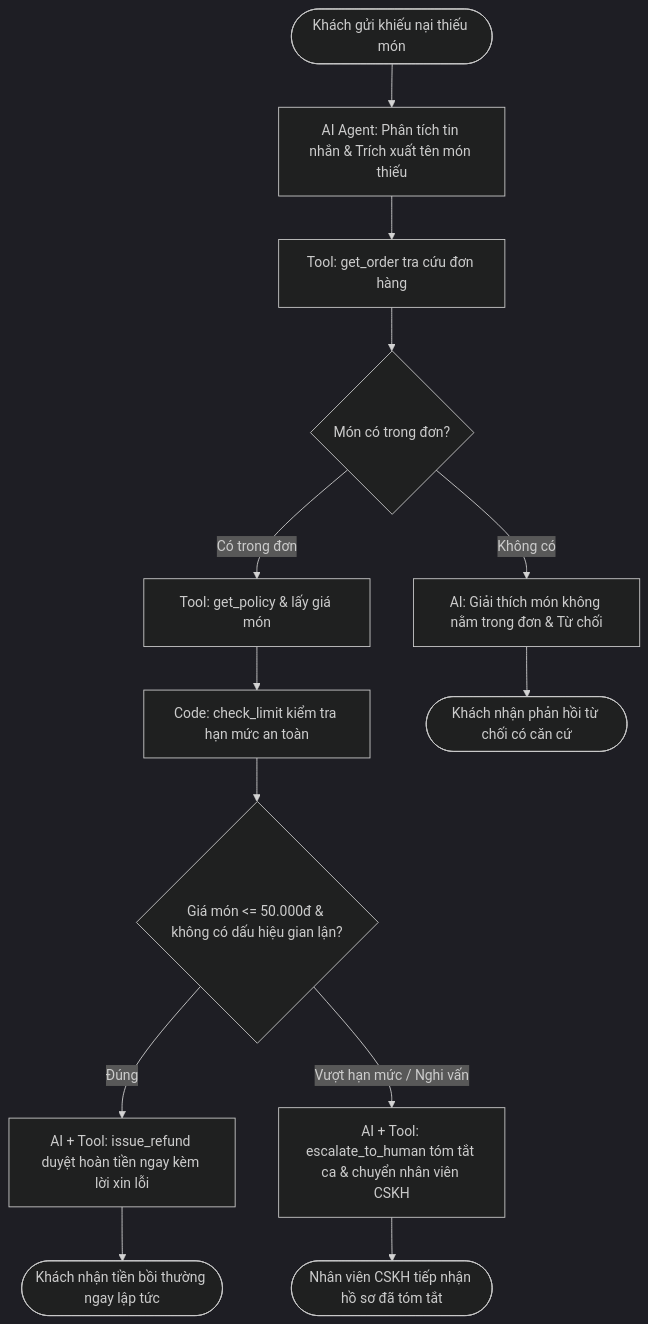
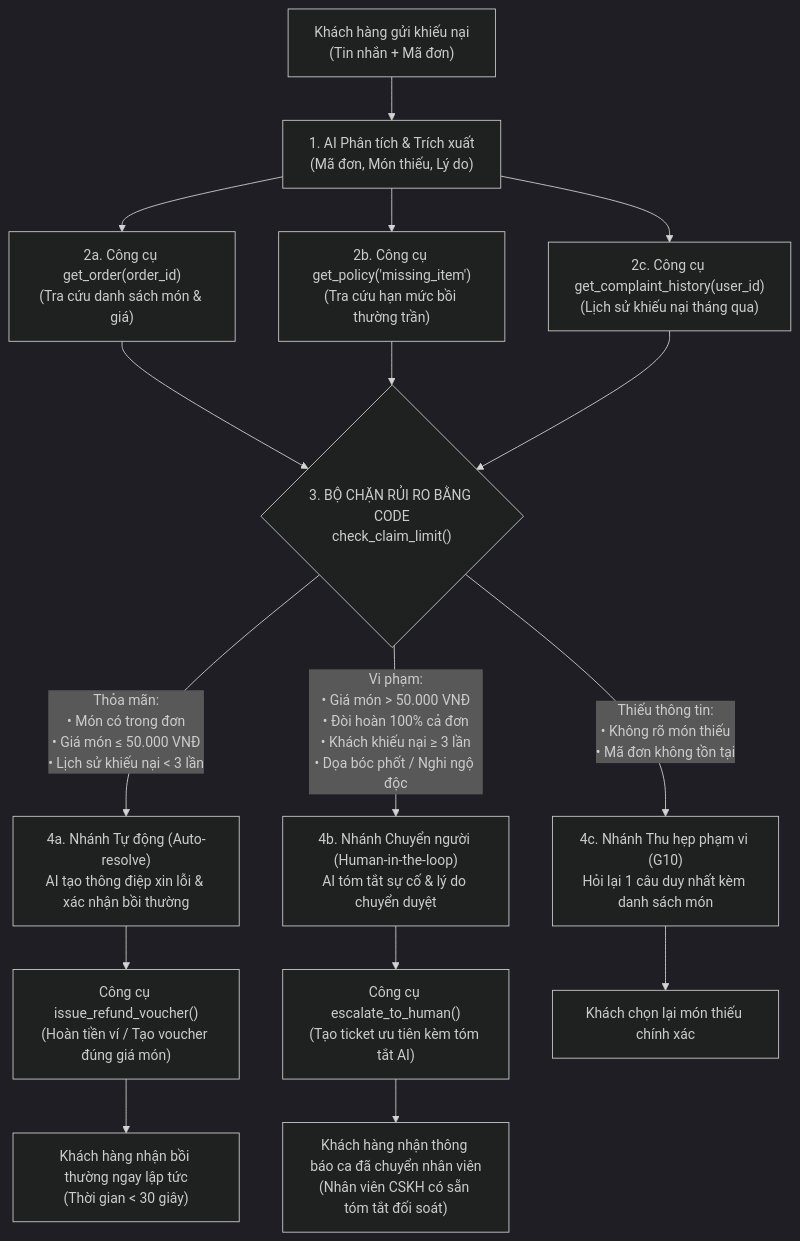
One commit to nguyenduong43/K5-Day15-L3B-TTDV changed the diagram in spec.md. Above: the diagram before and after it, drawn with Mermaid (dark theme). The commit also changed other lines of this file and 6 other files, not shown here.

Commit message:
feat(codebase): hoàn thiện luồng xử lý khiếu nại đơn thiếu món, tích hợp tools và guardrail

````diff
--- a/spec.md
+++ b/spec.md
@@ -56,15 +55,23 @@
 ```mermaid
 flowchart TD
-    Customer([Khách gửi khiếu nại thiếu món]) --> AI_Parse[AI Agent: Phân tích tin nhắn & Trích xuất tên món thiếu]
-    AI_Parse --> Tool_Order[Tool: get_order tra cứu đơn hàng]
-    Tool_Order --> Check_In_Order{Món có trong đơn?}
-    Check_In_Order -- Không có --> Msg_Reject[AI: Giải thích món không nằm trong đơn & Từ chối]
-    Check_In_Order -- Có trong đơn --> Tool_Policy[Tool: get_policy & lấy giá món]
-    Tool_Policy --> Code_Check[Code: check_limit kiểm tra hạn mức an toàn]
-    Code_Check --> Is_Within_Limit{Giá món <= 50.000đ & không có dấu hiệu gian lận?}
-    Is_Within_Limit -- Đúng --> Auto_Refund[AI + Tool: issue_refund duyệt hoàn tiền ngay kèm lời xin lỗi]
-    Is_Within_Limit -- Vượt hạn mức / Nghi vấn --> Escalate[AI + Tool: escalate_to_human tóm tắt ca & chuyển nhân viên CSKH]
-    Auto_Refund --> End_Success([Khách nhận tiền bồi thường ngay lập tức])
-    Escalate --> End_Escalate([Nhân viên CSKH tiếp nhận hồ sơ đã tóm tắt])
-    Msg_Reject --> End_Reject([Khách nhận phản hồi từ chối có căn cứ])
+    User["Khách hàng gửi khiếu nại<br/>(Tin nhắn + Mã đơn)"] --> Extractor["1. AI Phân tích & Trích xuất<br/>(Mã đơn, Món thiếu, Lý do)"]
+    
+    Extractor --> ToolOrder["2a. Công cụ get_order(order_id)<br/>(Tra cứu danh sách món & giá)"]
+    Extractor --> ToolPolicy["2b. Công cụ get_policy('missing_item')<br/>(Tra cứu hạn mức bồi thường trần)"]
+    Extractor --> ToolUser["2c. Công cụ get_complaint_history(user_id)<br/>(Lịch sử khiếu nại tháng qua)"]
+    
+    ToolOrder --> Guardrail{"3. BỘ CHẶN RỦI RO BẰNG CODE<br/>check_claim_limit()"}
+    ToolPolicy --> Guardrail
+    ToolUser --> Guardrail
+    
+    Guardrail -- "Thỏa mãn:<br/>• Món có trong đơn<br/>• Giá món ≤ 50.000 VNĐ<br/>• Lịch sử khiếu nại < 3 lần" --> AutoBranch["4a. Nhánh Tự động (Auto-resolve)<br/>AI tạo thông điệp xin lỗi & xác nhận bồi thường"]
+    AutoBranch --> ActionRefund["Công cụ issue_refund_voucher()<br/>(Hoàn tiền ví / Tạo voucher đúng giá món)"]
+    ActionRefund --> SuccessOutput["Khách hàng nhận bồi thường ngay lập tức<br/>(Thời gian < 30 giây)"]
+    
+    Guardrail -- "Vi phạm:<br/>• Giá món > 50.000 VNĐ<br/>• Đòi hoàn 100% cả đơn<br/>• Khách khiếu nại ≥ 3 lần<br/>• Dọa bóc phốt / Nghi ngộ độc" --> EscalateBranch["4b. Nhánh Chuyển người (Human-in-the-loop)<br/>AI tóm tắt sự cố & lý do chuyển duyệt"]
+    EscalateBranch --> ActionEscalate["Công cụ escalate_to_human()<br/>(Tạo ticket ưu tiên kèm tóm tắt AI)"]
+    ActionEscalate --> HumanOutput["Khách hàng nhận thông báo ca đã chuyển nhân viên<br/>(Nhân viên CSKH có sẵn tóm tắt đối soát)"]
+    
+    Guardrail -- "Thiếu thông tin:<br/>• Không rõ món thiếu<br/>• Mã đơn không tồn tại" --> ClarifyBranch["4c. Nhánh Thu hẹp phạm vi (G10)<br/>Hỏi lại 1 câu duy nhất kèm danh sách món"]
+    ClarifyBranch --> ClarifyOutput["Khách chọn lại món thiếu chính xác"]
 ```
````
